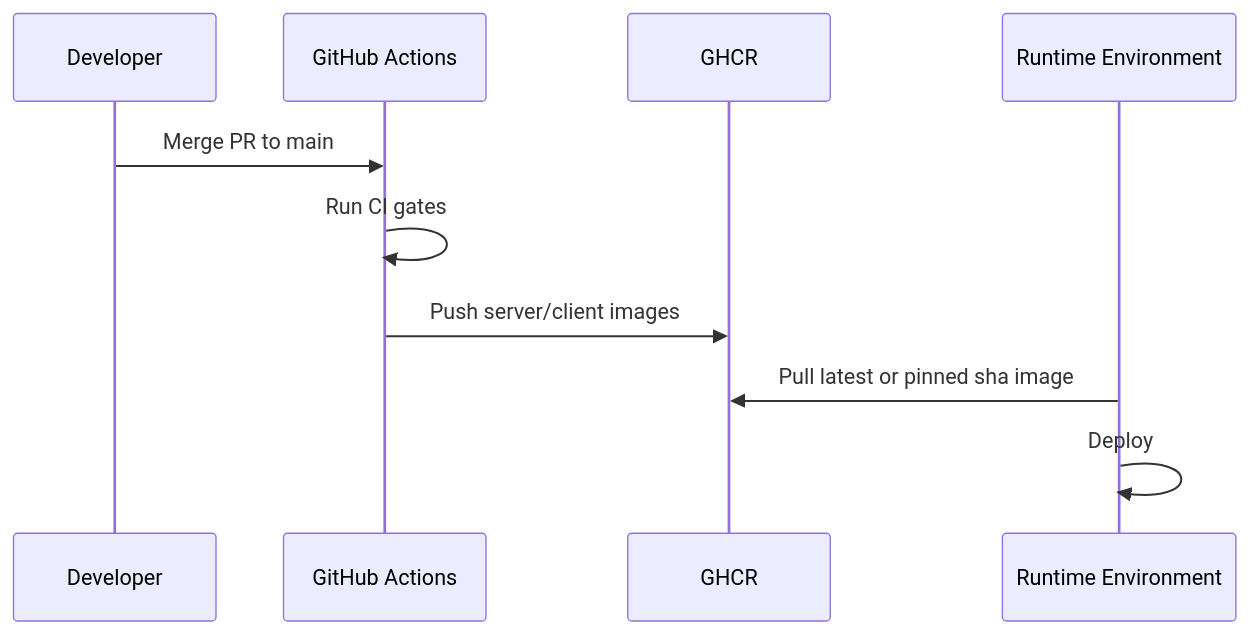
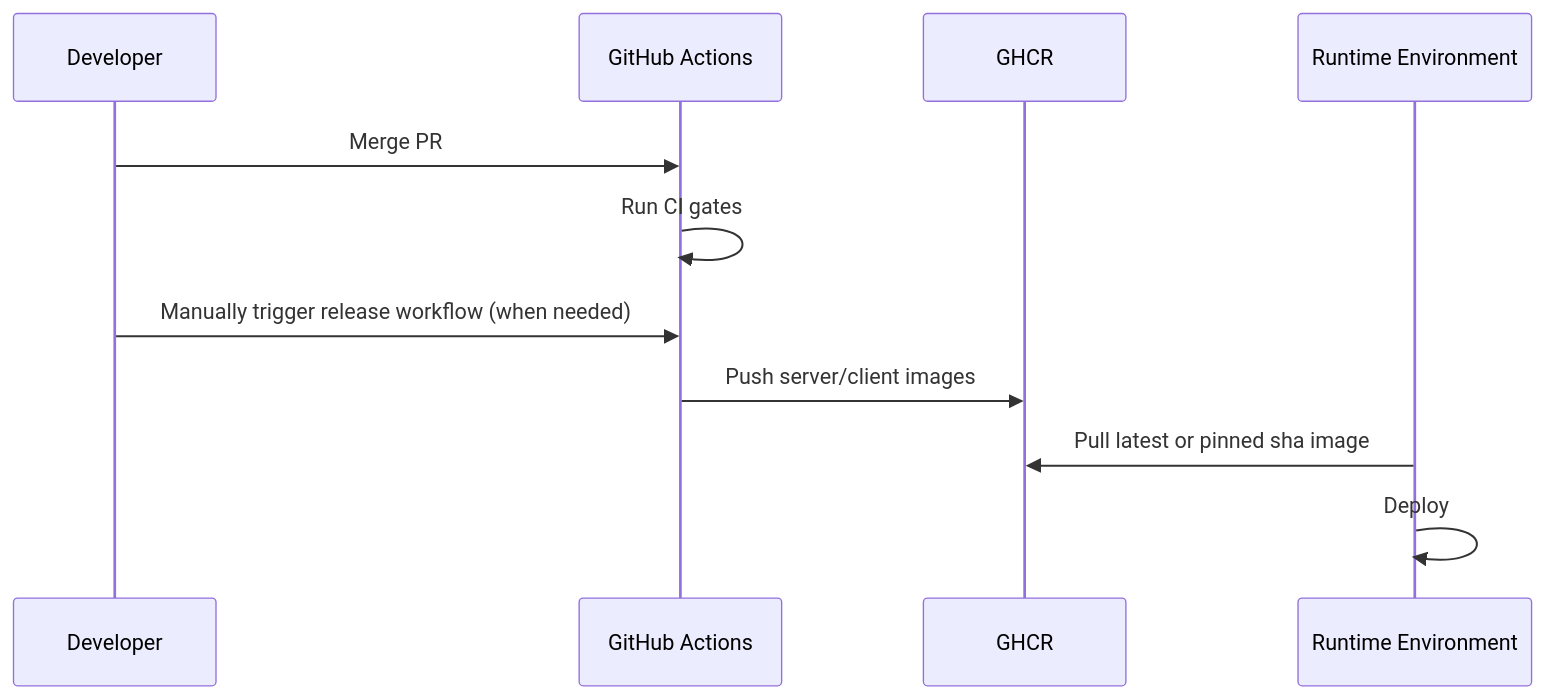
One commit to comp596-spring-2026/RetailSync changed the second of 2 diagrams in docs/operations/ci-cd-pipeline.md. Above: the diagram before and after it, drawn with Mermaid. The commit also changed other lines of this file and 7 other files, not shown here.

````diff
--- a/docs/operations/ci-cd-pipeline.md
+++ b/docs/operations/ci-cd-pipeline.md
@@ -105,13 +95,14 @@
 ```mermaid
 sequenceDiagram
   participant Dev as Developer
   participant GH as GitHub Actions
   participant CR as GHCR
   participant Env as Runtime Environment
 
-  Dev->>GH: Merge PR to main
+  Dev->>GH: Merge PR
   GH->>GH: Run CI gates
+  Dev->>GH: Manually trigger release workflow (when needed)
   GH->>CR: Push server/client images
   Env->>CR: Pull latest or pinned sha image
   Env->>Env: Deploy
 ```
````
